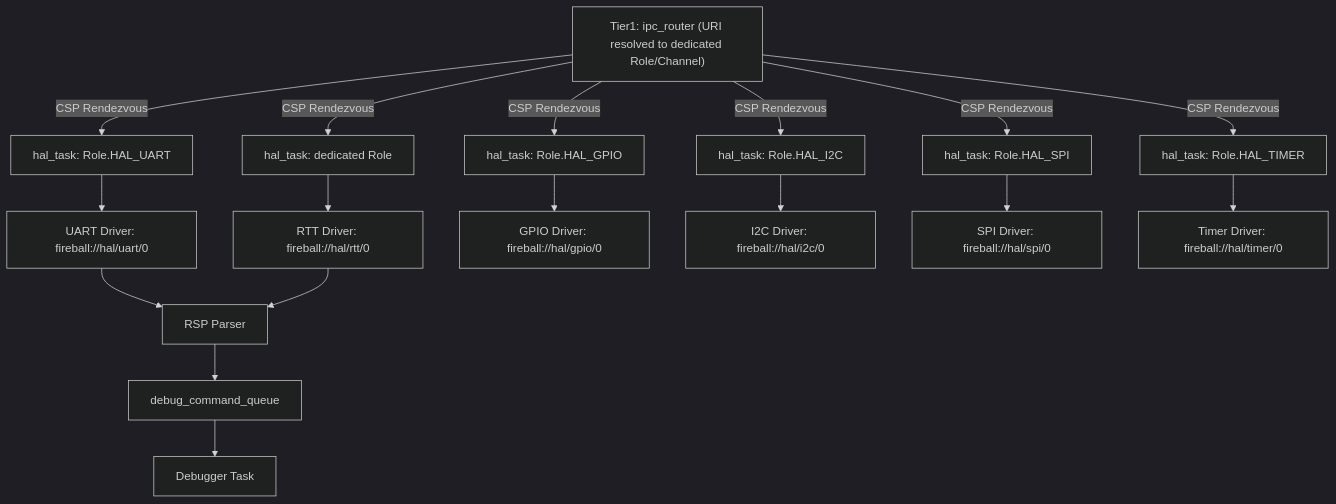
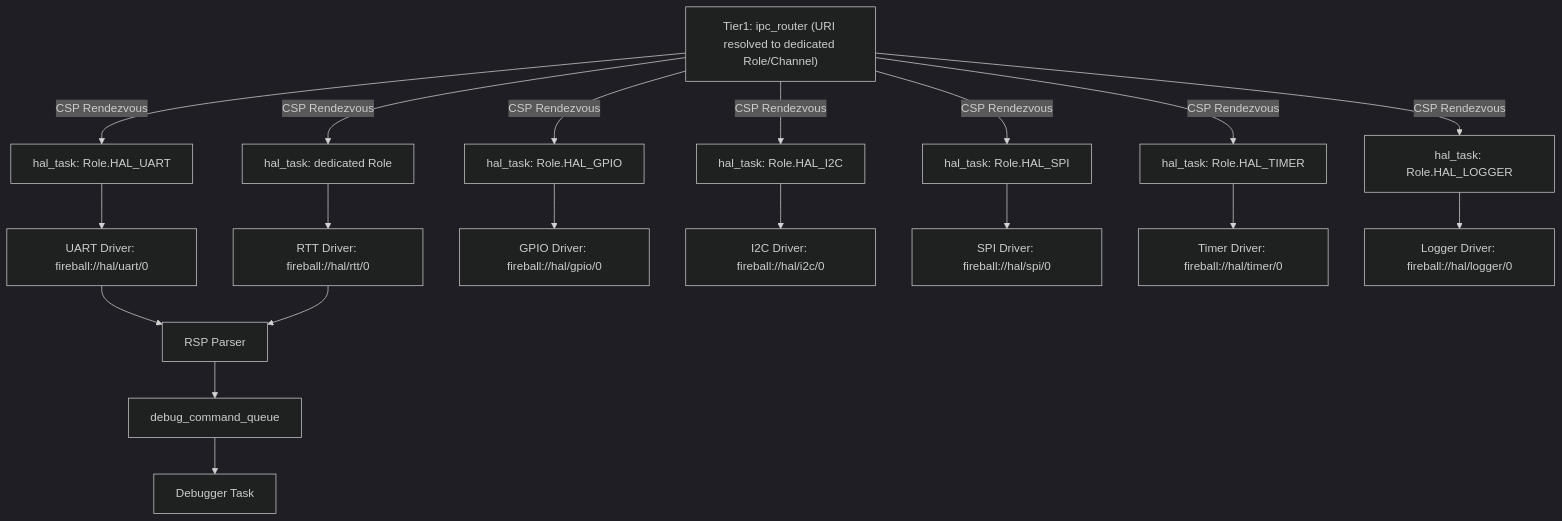
Before and after one commit to kmt-t/fireball: the first of 4 diagrams in docs/components/tier3_platform/platform_driver.md, drawn with Mermaid (dark theme). The commit also changed other lines of this file and 76 other files, not shown here.

````diff
--- a/docs/components/tier3_platform/platform_driver.md
+++ b/docs/components/tier3_platform/platform_driver.md
@@ -37,14 +39,15 @@
 ```mermaid
 flowchart TD
     IPCR["Tier1: ipc_router (URI resolved to dedicated Role/Channel)"]
     IPCR -->|CSP Rendezvous| T1["hal_task: Role.HAL_UART"] --> UART[UART Driver: fireball://hal/uart/0]
     IPCR -->|CSP Rendezvous| T2["hal_task: dedicated Role"] --> RTT[RTT Driver: fireball://hal/rtt/0]
     IPCR -->|CSP Rendezvous| T3["hal_task: Role.HAL_GPIO"] --> GPIO[GPIO Driver: fireball://hal/gpio/0]
     IPCR -->|CSP Rendezvous| T4["hal_task: Role.HAL_I2C"] --> I2C[I2C Driver: fireball://hal/i2c/0]
     IPCR -->|CSP Rendezvous| T5["hal_task: Role.HAL_SPI"] --> SPI[SPI Driver: fireball://hal/spi/0]
     IPCR -->|CSP Rendezvous| T6["hal_task: Role.HAL_TIMER"] --> Timer[Timer Driver: fireball://hal/timer/0]
+    IPCR -->|CSP Rendezvous| T7["hal_task: Role.HAL_LOGGER"] --> Log[Logger Driver: fireball://hal/logger/0]
     UART --> RSP[RSP Parser]
     RTT --> RSP
     RSP --> Queue[debug_command_queue]
     Queue --> Debugger[Debugger Task]
 ```
````
